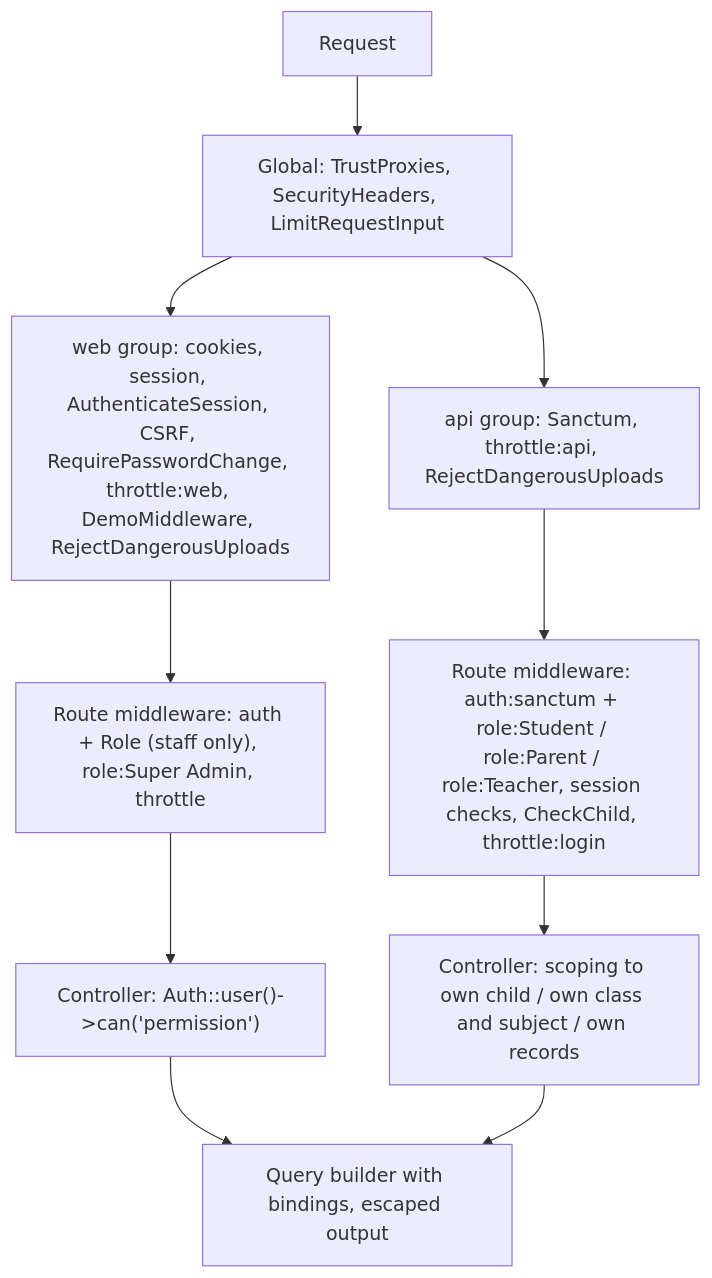
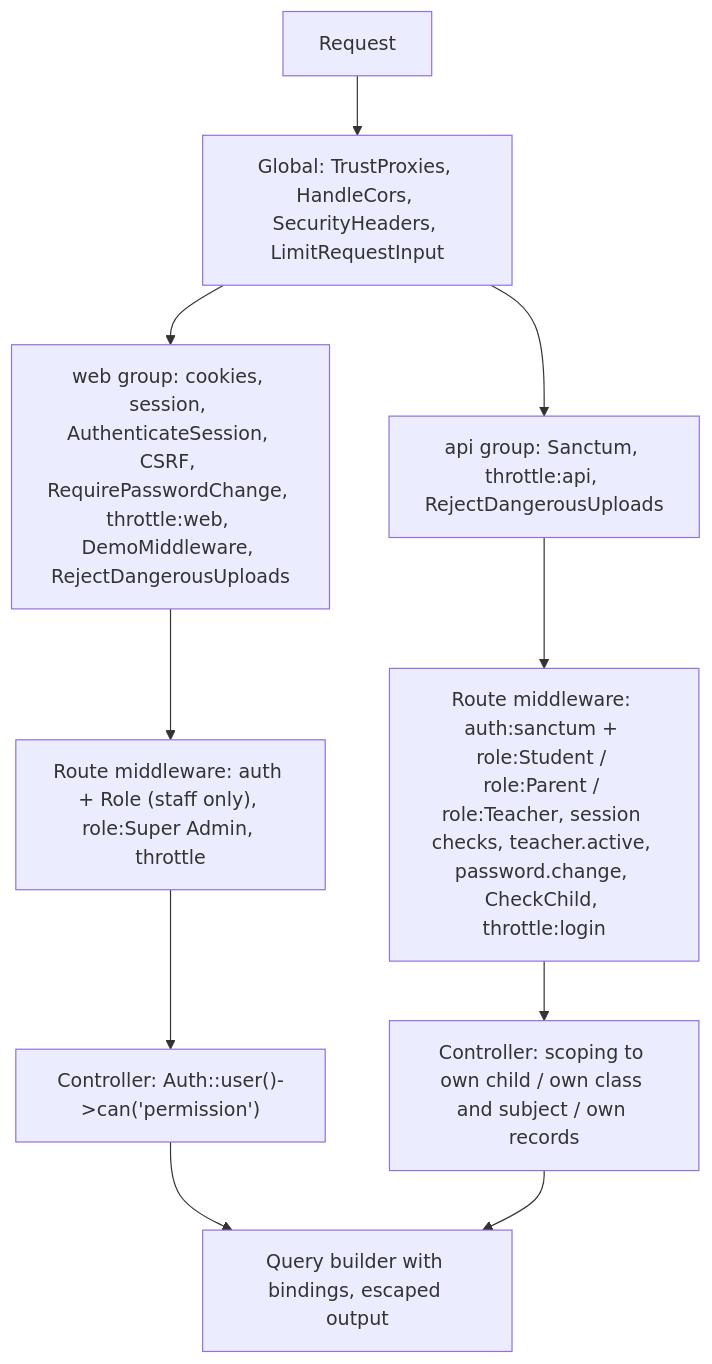
Before and after one commit to ShawnDaPrawn/Eschool: the first of 2 diagrams in wiki/Security-Model.md, drawn with Mermaid. The commit also changed other lines of this file and 3 other files, not shown here.

````diff
--- a/wiki/Security-Model.md
+++ b/wiki/Security-Model.md
@@ -7,12 +7,12 @@
 ```mermaid
 flowchart TD
-    R["Request"] --> G["Global: TrustProxies, SecurityHeaders, LimitRequestInput"]
+    R["Request"] --> G["Global: TrustProxies, HandleCors, SecurityHeaders, LimitRequestInput"]
     G --> W["web group: cookies, session, AuthenticateSession, CSRF, RequirePasswordChange, throttle:web, DemoMiddleware, RejectDangerousUploads"]
     G --> A["api group: Sanctum, throttle:api, RejectDangerousUploads"]
     W --> WR["Route middleware: auth + Role (staff only), role:Super Admin, throttle"]
-    A --> AR["Route middleware: auth:sanctum + role:Student / role:Parent / role:Teacher, session checks, CheckChild, throttle:login"]
+    A --> AR["Route middleware: auth:sanctum + role:Student / role:Parent / role:Teacher, session checks, teacher.active, password.change, CheckChild, throttle:login"]
     WR --> WC["Controller: Auth::user()->can('permission')"]
     AR --> AC["Controller: scoping to own child / own class and subject / own records"]
     WC --> Q["Query builder with bindings, escaped output"]
     AC --> Q
 ```
````
